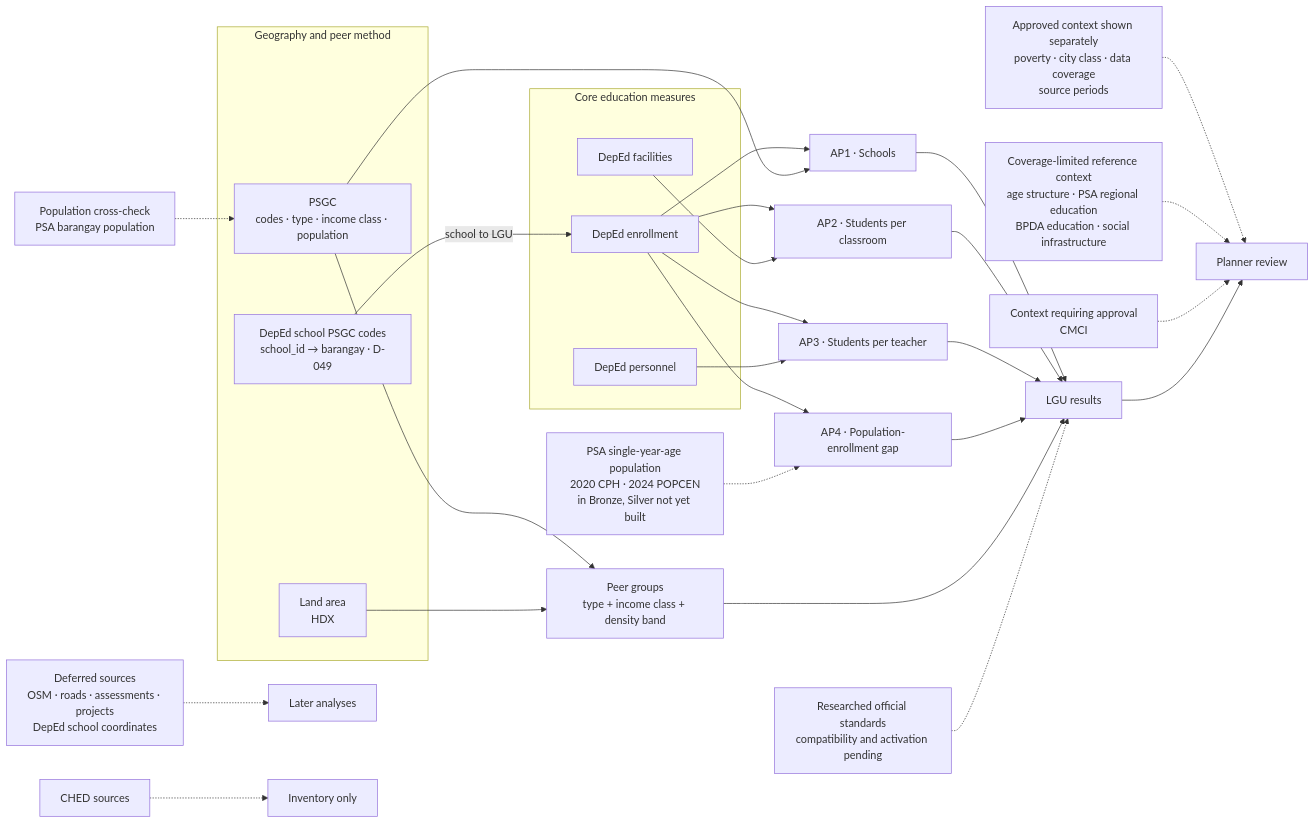
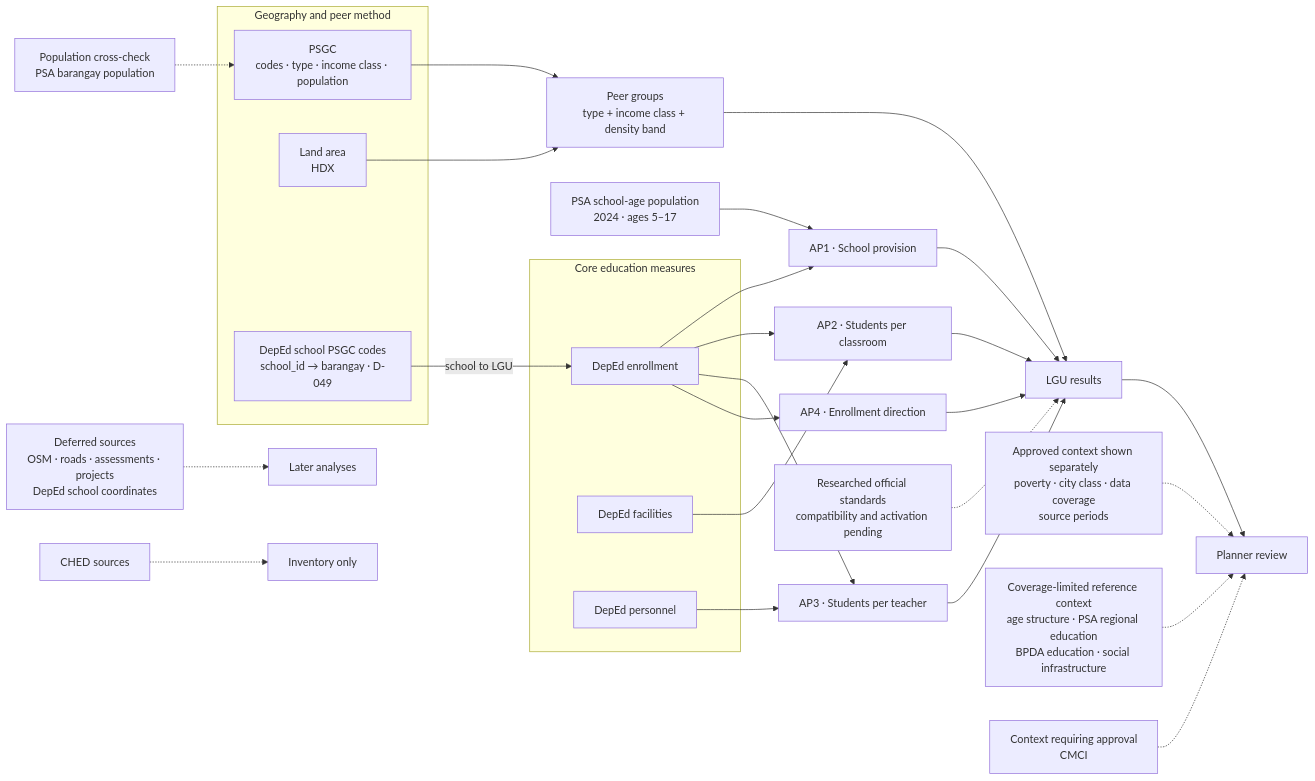
One commit to reached-hq/edu-access-intelligence changed the diagram in docs/business/dataset-use-map.md. Above: the diagram before and after it, drawn with Mermaid. The commit also changed other lines of this file and 22 other files, not shown here.

````diff
--- a/docs/business/dataset-use-map.md
+++ b/docs/business/dataset-use-map.md
@@ -21,41 +21,40 @@
 ```mermaid
 flowchart LR
     subgraph CORE["Core education measures"]
         ENR["DepEd enrollment"]
         FAC["DepEd facilities"]
         PER["DepEd personnel"]
     end
 
     subgraph METHOD["Geography and peer method"]
     PSGC["PSGC<br/>codes · type · income class · population"]
     AREA["Land area<br/>HDX"]
     XWALK["DepEd school PSGC codes<br/>school_id → barangay · D-049"]
     end
 
     XWALK -->|"school to LGU"| ENR
-    ENR --> AP1["AP1 · Schools"]
-    PSGC --> AP1
+    ENR --> AP1["AP1 · School provision"]
+    AGE["PSA school-age population<br/>2024 · ages 5–17"] --> AP1
     ENR --> AP2["AP2 · Students per classroom"]
     FAC --> AP2
     ENR --> AP3["AP3 · Students per teacher"]
     PER --> AP3
-    ENR --> AP4["AP4 · Population-enrollment gap"]
-    AGE["PSA single-year-age population<br/>2020 CPH · 2024 POPCEN<br/>in Bronze, Silver not yet built"] -.-> AP4
+    ENR --> AP4["AP4 · Enrollment direction"]
 
     PSGC --> PEERS["Peer groups<br/>type + income class + density band"]
     AREA --> PEERS
     AP1 --> RESULT["LGU results"]
     AP2 --> RESULT
     AP3 --> RESULT
     AP4 --> RESULT
     PEERS --> RESULT
     STANDARD["Researched official standards<br/>compatibility and activation pending"] -.-> RESULT
 
     CONTEXT["Approved context shown separately<br/>poverty · city class · data coverage<br/>source periods"] -.-> DASH["Planner review"]
     LIMITED["Coverage-limited reference context<br/>age structure · PSA regional education<br/>BPDA education · social infrastructure"] -.-> DASH
     CANDIDATE["Context requiring approval<br/>CMCI"] -.-> DASH
     POPCHECK["Population cross-check<br/>PSA barangay population"] -.-> PSGC
     RESULT --> DASH
     DEFER["Deferred sources<br/>OSM · roads · assessments · projects<br/>DepEd school coordinates"] -.-> LATER["Later analyses"]
     EXCLUDED["CHED sources"] -.-> RECORD["Inventory only"]
 ```
````
